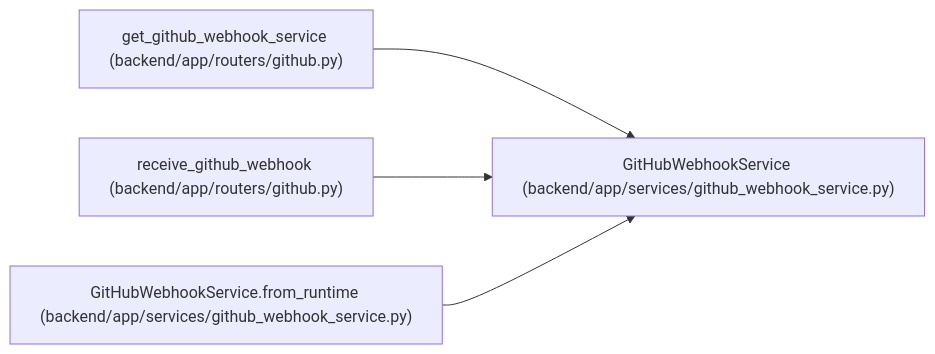
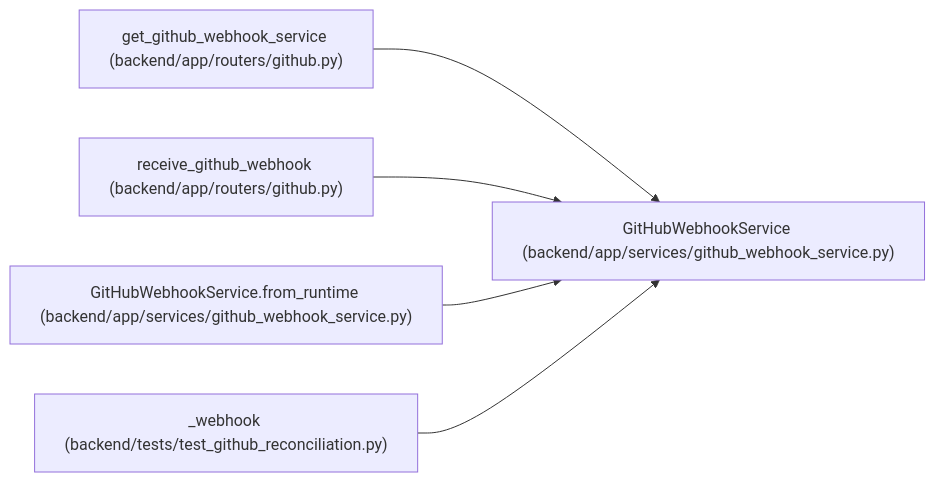
One commit to Denissvgn/WorkChord changed the diagram in docs/llm_wiki/entities/GitHubWebhookService.md. Above: the diagram before and after it, drawn with Mermaid. The commit also changed other lines of this file and 1817 other files, not shown here.

First line of the commit message:
Refresh the architectural wiki for the 1.9.0 changes

````diff
--- a/docs/llm_wiki/entities/GitHubWebhookService.md
+++ b/docs/llm_wiki/entities/GitHubWebhookService.md
@@ -43,14 +43,17 @@
 ```mermaid
 flowchart LR
     n0["GitHubWebhookService (backend/app/services/github_webhook_service.py)"]
     n1["get_github_webhook_service (backend/app/routers/github.py)"]
     n2["receive_github_webhook (backend/app/routers/github.py)"]
     n3["GitHubWebhookService.from_runtime (backend/app/services/github_webhook_service.py)"]
+    n4["_webhook (backend/tests/test_github_reconciliation.py)"]
     n1 --> n0
     n2 --> n0
     n3 --> n0
+    n4 --> n0
     click n0 "../modules/github_webhook_service.md"
     click n1 "../modules/routers_github.md"
     click n2 "../modules/routers_github.md"
     click n3 "../modules/github_webhook_service.md"
+    click n4 "../modules/test_github_reconciliation.md"
 ```
````
